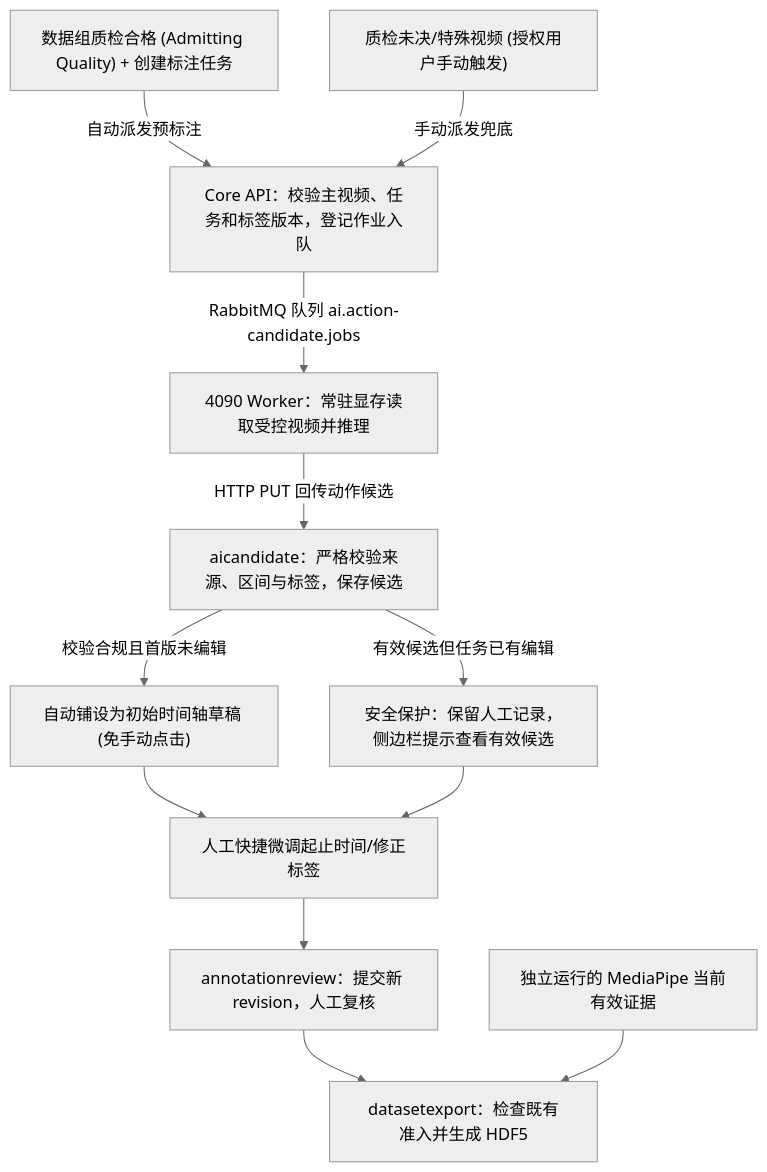
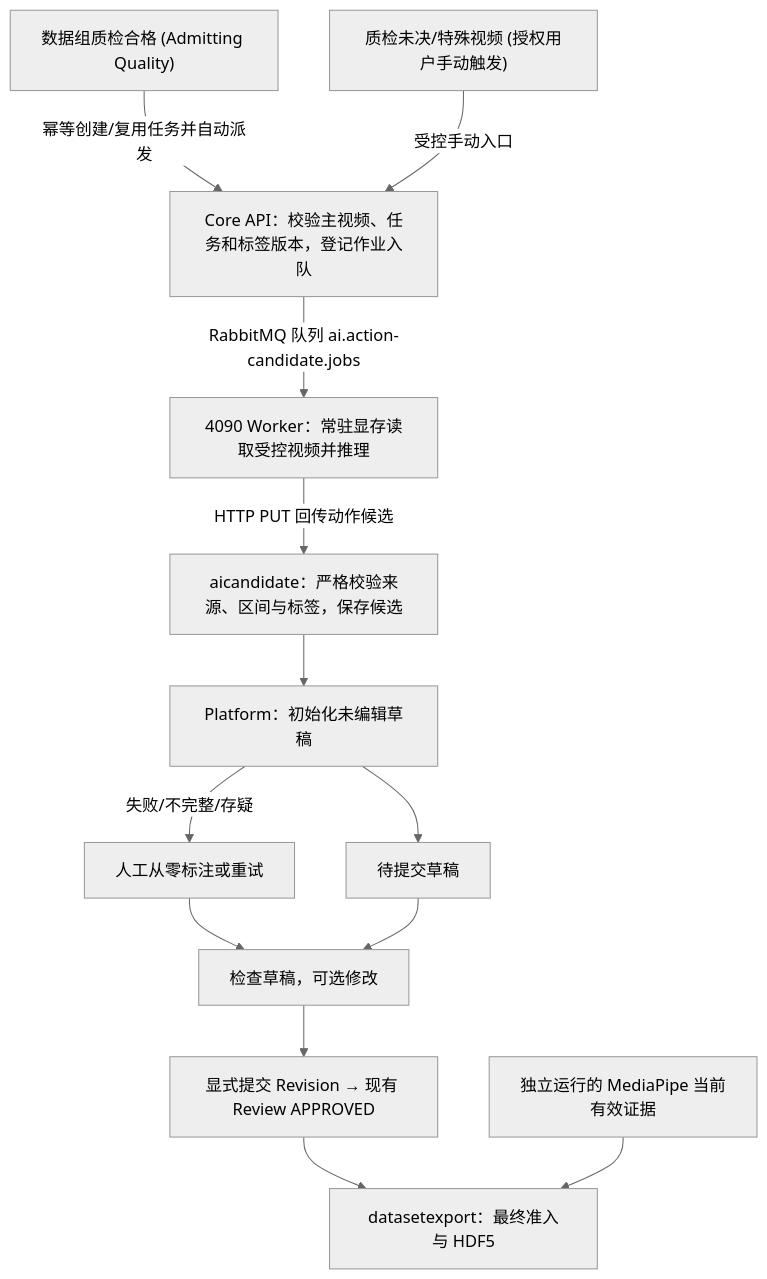
The diagram in docs/architecture/v1.34-action-annotation.md (Soberis/medication-video-platform), drawn with Mermaid (neutral theme) before and after one commit. The commit also changed other lines of this file and 39 other files, not shown here.

````diff
--- a/docs/architecture/v1.34-action-annotation.md
+++ b/docs/architecture/v1.34-action-annotation.md
@@ -22,14 +22,15 @@
 ```mermaid
 flowchart TD
-    Q["数据组质检合格 (Admitting Quality) + 创建标注任务"] -->|自动派发预标注| C["Core API：校验主视频、任务和标签版本，登记作业入队"]
-    U["质检未决/特殊视频 (授权用户手动触发)"] -->|手动派发兜底| C
+    Q["数据组质检合格 (Admitting Quality)"] -->|幂等创建/复用任务并自动派发| C["Core API：校验主视频、任务和标签版本，登记作业入队"]
+    U["质检未决/特殊视频 (授权用户手动触发)"] -->|受控手动入口| C
     C -->|RabbitMQ 队列 ai.action-candidate.jobs| W["4090 Worker：常驻显存读取受控视频并推理"]
     W -->|HTTP PUT 回传动作候选| A["aicandidate：严格校验来源、区间与标签，保存候选"]
-    A -->|校验合规且首版未编辑| D["自动铺设为初始时间轴草稿 (免手动点击)"]
-    A -->|有效候选但任务已有编辑| E["安全保护：保留人工记录，侧边栏提示查看有效候选"]
-    D --> EDIT["人工快捷微调起止时间/修正标签"]
-    E --> EDIT
-    EDIT --> R["annotationreview：提交新 revision，人工复核"]
-    R --> X["datasetexport：检查既有准入并生成 HDF5"]
+    A --> P["Platform：初始化未编辑草稿"]
+    P --> D["待提交草稿"]
+    P -->|失败/不完整/存疑| E["人工从零标注或重试"]
+    E --> EDIT["检查草稿，可选修改"]
+    EDIT --> R["显式提交 Revision → 现有 Review APPROVED"]
+    D --> EDIT
+    R --> X["datasetexport：最终准入与 HDF5"]
     M["独立运行的 MediaPipe 当前有效证据"] --> X
 ```
````
